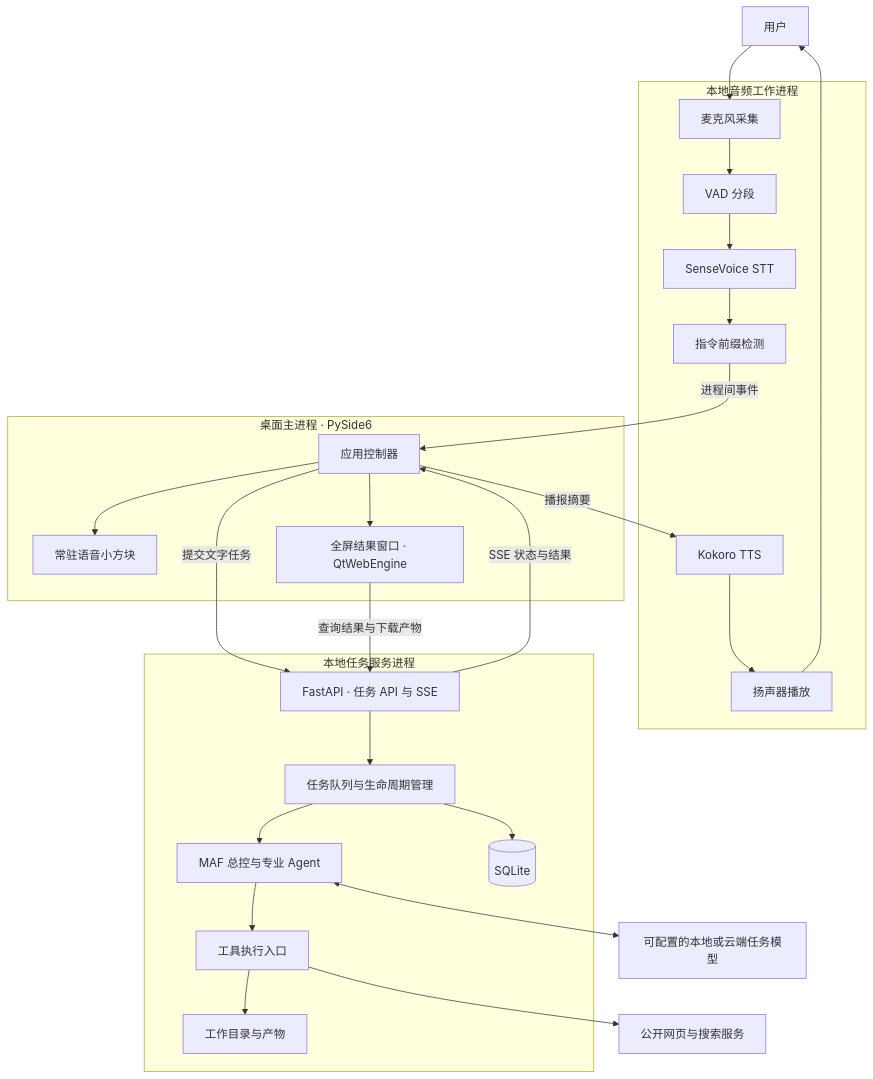
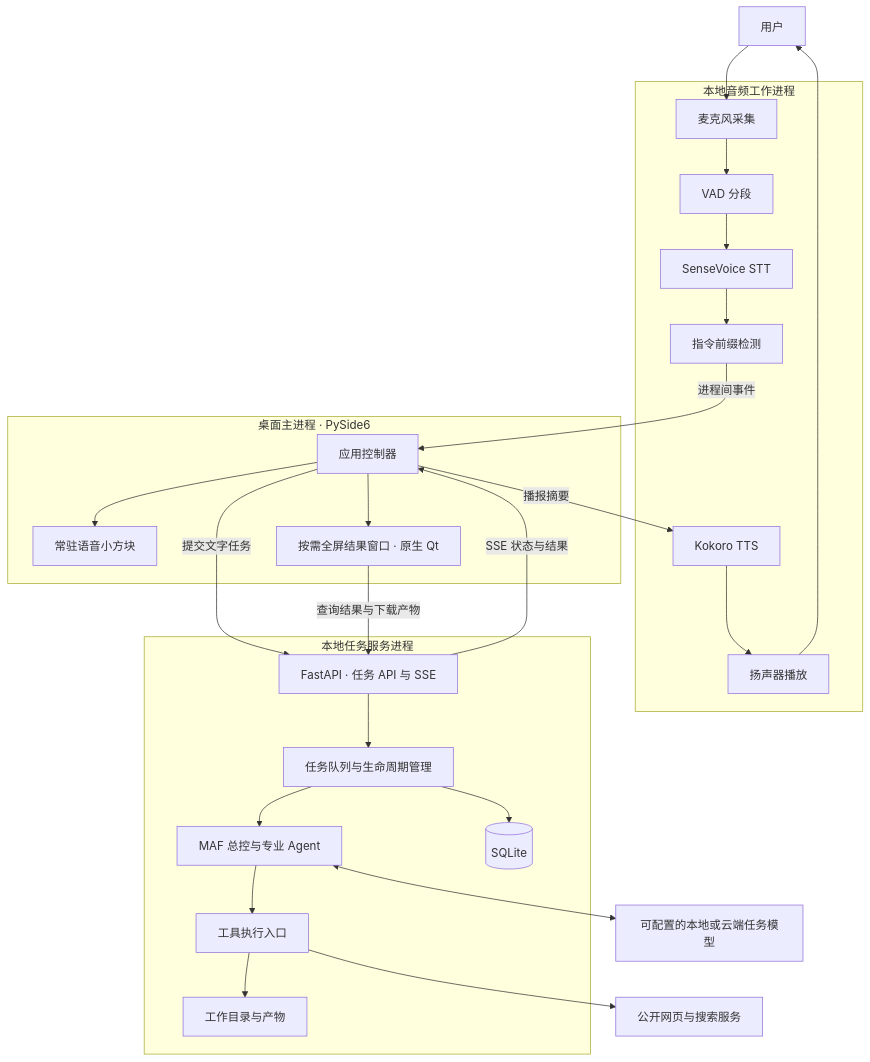
Before and after one commit to ecojust/open-JARVIS: the first of 3 diagrams in README.md, drawn with Mermaid. The commit also changed other lines of this file, not shown here.

Commit message:
docs: make performance a first-principles architecture constraint

````diff
--- a/README.md
+++ b/README.md
@@ -57,42 +96,42 @@
 ```mermaid
 flowchart TB
     U[用户]
     subgraph Desktop[桌面主进程 · PySide6]
         Tile[常驻语音小方块]
         Controller[应用控制器]
-        Result[全屏结果窗口 · QtWebEngine]
+        Result[按需全屏结果窗口 · 原生 Qt]
     end
     subgraph Audio[本地音频工作进程]
         Mic[麦克风采集]
         VAD[VAD 分段]
         STT[SenseVoice STT]
         Gate[指令前缀检测]
         TTS[Kokoro TTS]
         Speaker[扬声器播放]
     end
     subgraph Backend[本地任务服务进程]
         API[FastAPI · 任务 API 与 SSE]
         Queue[任务队列与生命周期管理]
         MAF[MAF 总控与专业 Agent]
         Gateway[工具执行入口]
         Store[(SQLite)]
         Files[工作目录与产物]
     end
     LLM[可配置的本地或云端任务模型]
     Web[公开网页与搜索服务]
 
     U --> Mic --> VAD --> STT --> Gate
     Gate -->|进程间事件| Controller
     Controller --> Tile
     Controller -->|提交文字任务| API
     API --> Queue --> MAF
     MAF <--> LLM
     MAF --> Gateway
     Gateway --> Web
     Gateway --> Files
     Queue --> Store
     API -->|SSE 状态与结果| Controller
     Controller --> Result
     Controller -->|播报摘要| TTS --> Speaker --> U
     Result -->|查询结果与下载产物| API
 ```
````
